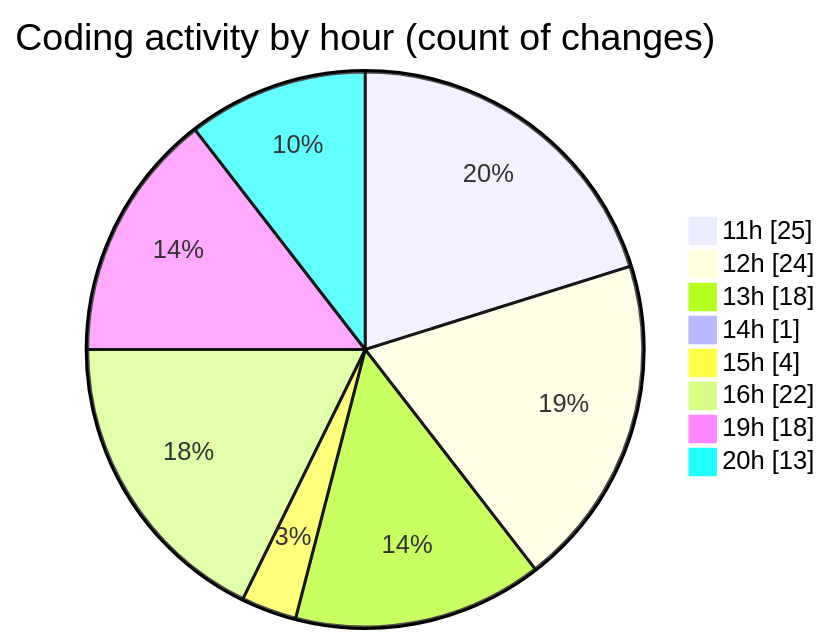
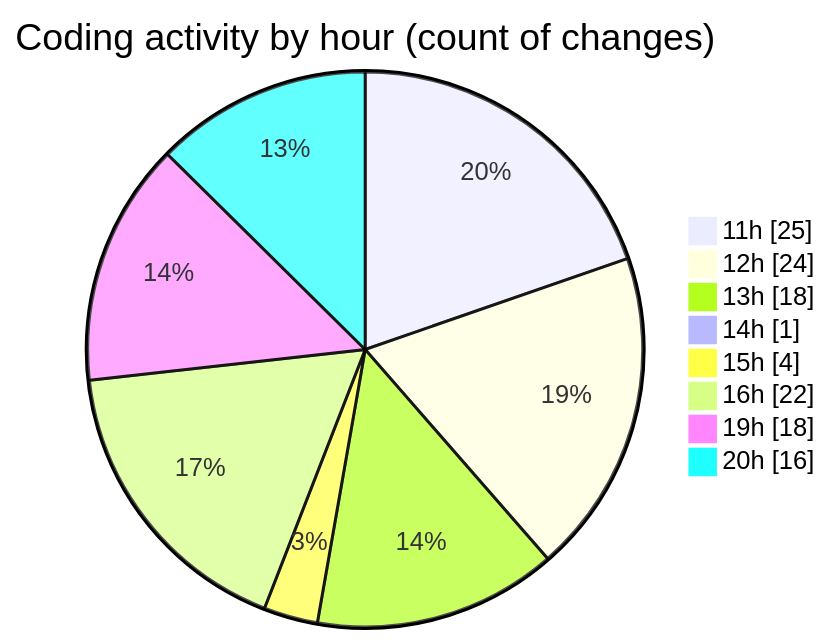
The second of 2 diagrams in 2025-04-12/myws__workspace_/README.md (MatusMokan/code-tracking), drawn with Mermaid before and after one commit. The commit also changed other lines of this file and 1 other file, not shown here.

````diff
--- a/2025-04-12/myws__workspace_/README.md
+++ b/2025-04-12/myws__workspace_/README.md
@@ -36,12 +37,12 @@
 ```mermaid
 pie showData
 title Coding activity by hour (count of changes)
 "11h" : 25
 "12h" : 24
 "13h" : 18
 "14h" : 1
 "15h" : 4
 "16h" : 22
 "19h" : 18
-"20h" : 13
+"20h" : 16
 ```
````
